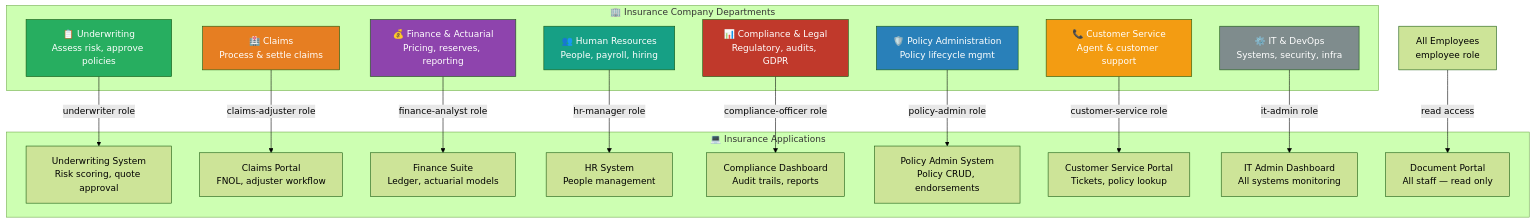
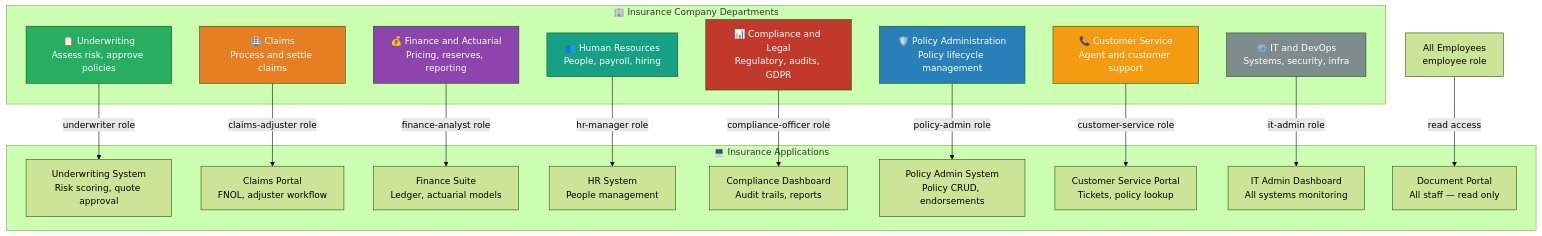
Before and after one commit to Mannokuruba/sso-keyclock: the sixth of 21 diagrams in docs/INSURANCE-SSO-DESIGN.md, drawn with Mermaid (forest theme). The commit also changed other lines of this file, not shown here.

Commit message:
fix: resolve Mermaid parse errors in insurance SSO diagrams

````diff
--- a/docs/INSURANCE-SSO-DESIGN.md
+++ b/docs/INSURANCE-SSO-DESIGN.md
@@ -274,44 +259,44 @@
 ```mermaid
 graph TD
     subgraph DEPT["🏢 Insurance Company Departments"]
-        UW_DEPT[📋 Underwriting\nAssess risk, approve policies]
-        CL_DEPT[🏥 Claims\nProcess & settle claims]
-        FIN_DEPT[💰 Finance & Actuarial\nPricing, reserves, reporting]
-        HR_DEPT[👥 Human Resources\nPeople, payroll, hiring]
-        COMP_DEPT[📊 Compliance & Legal\nRegulatory, audits, GDPR]
-        POL_DEPT[🛡️ Policy Administration\nPolicy lifecycle mgmt]
-        CS_DEPT[📞 Customer Service\nAgent & customer support]
-        IT_DEPT[⚙️ IT & DevOps\nSystems, security, infra]
+        UW_DEPT["📋 Underwriting<br/>Assess risk, approve policies"]
+        CL_DEPT["🏥 Claims<br/>Process and settle claims"]
+        FIN_DEPT["💰 Finance and Actuarial<br/>Pricing, reserves, reporting"]
+        HR_DEPT["👥 Human Resources<br/>People, payroll, hiring"]
+        COMP_DEPT["📊 Compliance and Legal<br/>Regulatory, audits, GDPR"]
+        POL_DEPT["🛡️ Policy Administration<br/>Policy lifecycle management"]
+        CS_DEPT["📞 Customer Service<br/>Agent and customer support"]
+        IT_DEPT["⚙️ IT and DevOps<br/>Systems, security, infra"]
     end
 
     subgraph SYS["💻 Insurance Applications"]
-        UW_APP[Underwriting System\nRisk scoring, quote approval]
-        CL_APP[Claims Portal\nFNOL, adjuster workflow]
-        FIN_APP[Finance Suite\nLedger, actuarial models]
-        HR_APP[HR System\nPeople management]
-        COMP_APP[Compliance Dashboard\nAudit trails, reports]
-        POL_APP[Policy Admin System\nPolicy CRUD, endorsements]
-        CS_APP[Customer Service Portal\nTickets, policy lookup]
-        ADMIN_APP[IT Admin Dashboard\nAll systems monitoring]
-        DOCS[Document Portal\nAll staff — read only]
+        UW_APP["Underwriting System<br/>Risk scoring, quote approval"]
+        CL_APP["Claims Portal<br/>FNOL, adjuster workflow"]
+        FIN_APP["Finance Suite<br/>Ledger, actuarial models"]
+        HR_APP["HR System<br/>People management"]
+        COMP_APP["Compliance Dashboard<br/>Audit trails, reports"]
+        POL_APP["Policy Admin System<br/>Policy CRUD, endorsements"]
+        CS_APP["Customer Service Portal<br/>Tickets, policy lookup"]
+        ADMIN_APP["IT Admin Dashboard<br/>All systems monitoring"]
+        DOCS["Document Portal<br/>All staff — read only"]
     end
 
     UW_DEPT -->|underwriter role| UW_APP
     CL_DEPT -->|claims-adjuster role| CL_APP
     FIN_DEPT -->|finance-analyst role| FIN_APP
     HR_DEPT -->|hr-manager role| HR_APP
     COMP_DEPT -->|compliance-officer role| COMP_APP
     POL_DEPT -->|policy-admin role| POL_APP
     CS_DEPT -->|customer-service role| CS_APP
     IT_DEPT -->|it-admin role| ADMIN_APP
-    ALL[All Employees\nemployee role] -->|read access| DOCS
+    ALL["All Employees<br/>employee role"] -->|read access| DOCS
 
     style UW_DEPT fill:#27ae60,color:#fff
     style CL_DEPT fill:#e67e22,color:#fff
     style FIN_DEPT fill:#8e44ad,color:#fff
     style HR_DEPT fill:#16a085,color:#fff
     style COMP_DEPT fill:#c0392b,color:#fff
     style POL_DEPT fill:#2980b9,color:#fff
     style CS_DEPT fill:#f39c12,color:#fff
     style IT_DEPT fill:#7f8c8d,color:#fff
 ```
````
